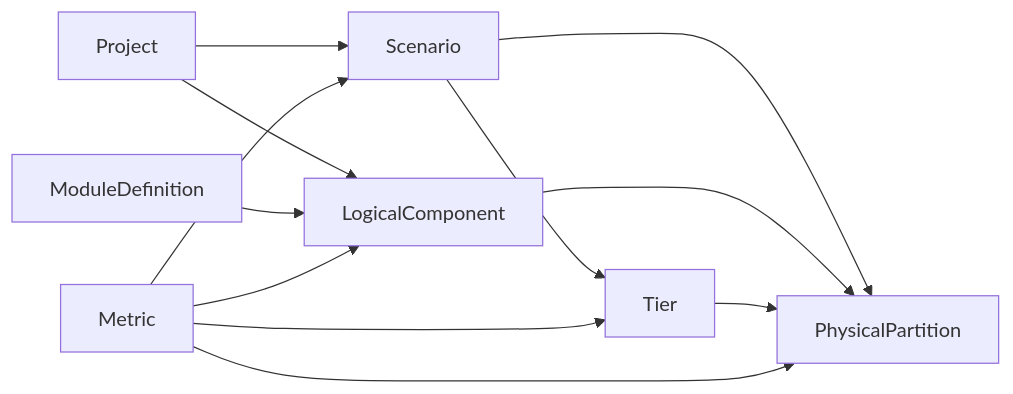
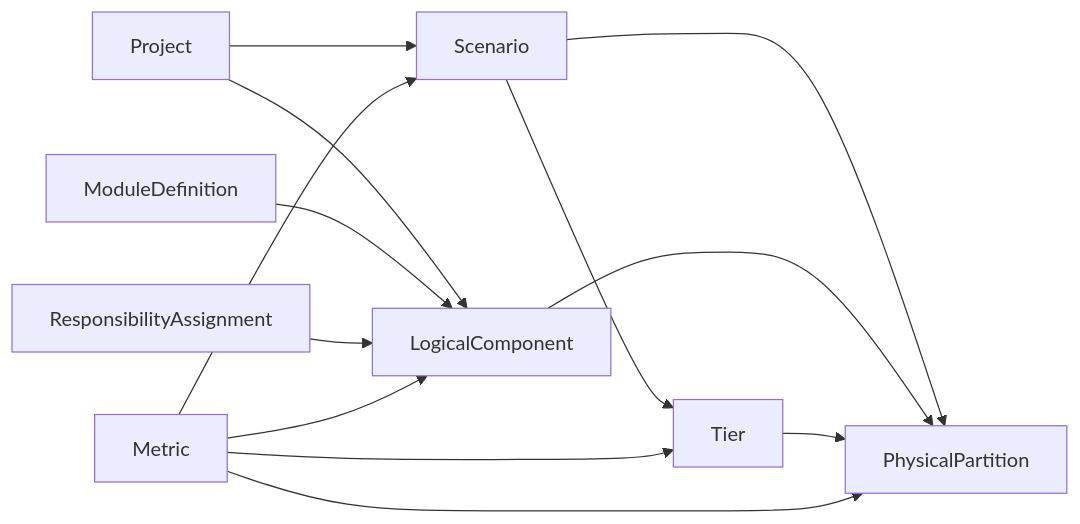
The diagram in docs/schema_v7.md (smhe00/soc_data), drawn with Mermaid before and after one commit. The commit also changed other lines of this file and 10 other files, not shown here.

````diff
--- a/docs/schema_v7.md
+++ b/docs/schema_v7.md
@@ -16,14 +16,15 @@
 ```mermaid
 flowchart LR
   Project --> Scenario
   Project --> LogicalComponent
   ModuleDefinition --> LogicalComponent
   Scenario --> Tier
   Scenario --> PhysicalPartition
   LogicalComponent --> PhysicalPartition
   Tier --> PhysicalPartition
+  ResponsibilityAssignment --> LogicalComponent
   Metric --> LogicalComponent
   Metric --> PhysicalPartition
   Metric --> Tier
   Metric --> Scenario
 ```
````
